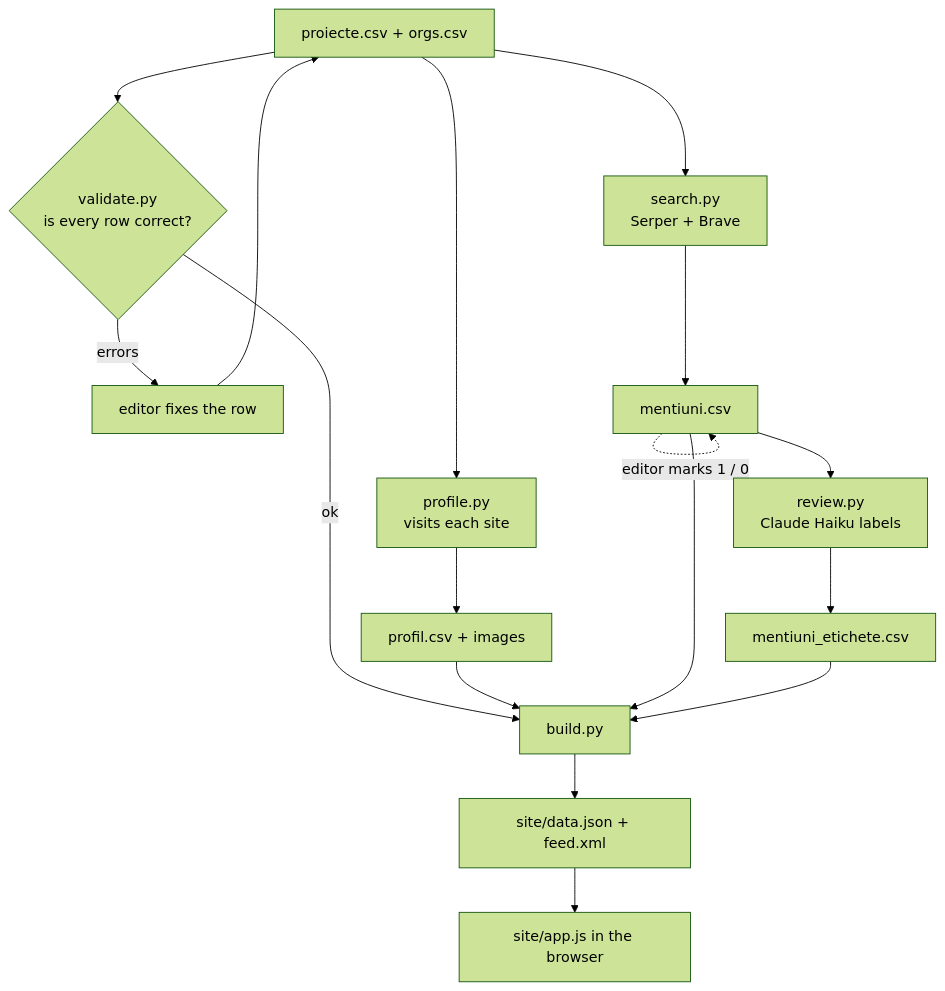
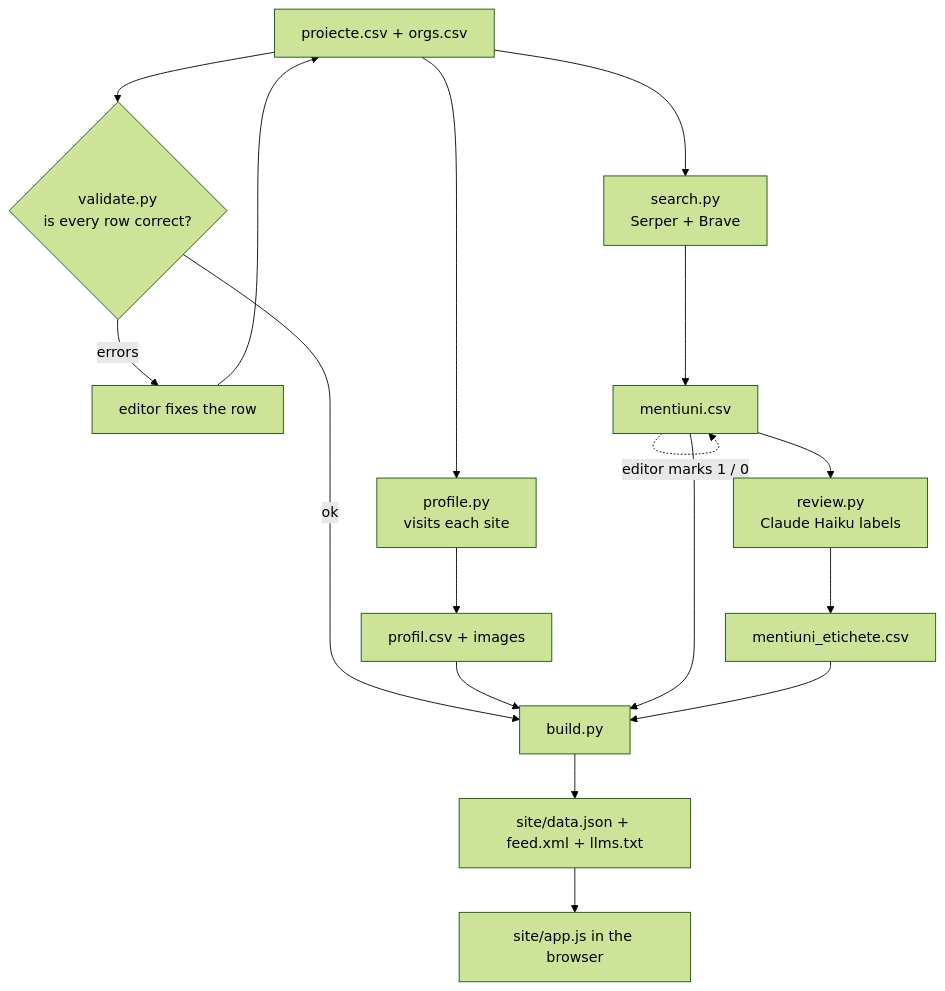
The second of 6 diagrams in docs/ARCHITECTURE.md (gov2-ro/awesome-civtech-ro), drawn with Mermaid (forest theme) before and after one commit. The commit also changed other lines of this file and 8 other files, not shown here.

First line of the commit message:
site: generate llms.txt from build.py

````diff
--- a/docs/ARCHITECTURE.md
+++ b/docs/ARCHITECTURE.md
@@ -52,19 +52,19 @@
 ```mermaid
 flowchart TD
     csv[proiecte.csv + orgs.csv] --> validate{validate.py<br/>is every row correct?}
     validate -- errors --> fix[editor fixes the row]
     fix --> csv
     validate -- ok --> build
     csv --> profile[profile.py<br/>visits each site]
     profile --> profil[profil.csv + images]
     csv --> search[search.py<br/>Serper + Brave]
     search --> ment[mentiuni.csv]
     ment -. editor marks 1 / 0 .-> ment
     ment --> review[review.py<br/>Claude Haiku labels]
     review --> labels[mentiuni_etichete.csv]
     profil --> build[build.py]
     ment --> build
     labels --> build
-    build --> out[site/data.json + feed.xml]
+    build --> out[site/data.json + feed.xml + llms.txt]
     out --> browser[site/app.js in the browser]
 ```
````
